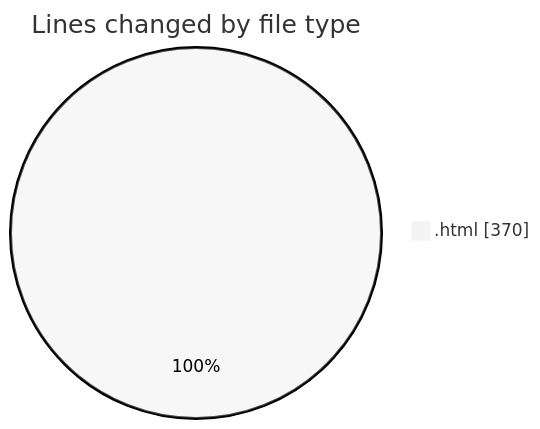
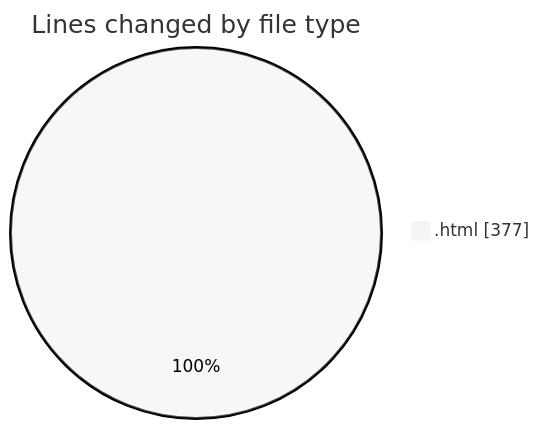
One commit to LanceThiago/code-tracking changed the first of 2 diagrams in 2025-01-10/nueva_carpeta/README.md. Above: the diagram before and after it, drawn with Mermaid (neutral theme). The commit also changed other lines of this file and 1 other file, not shown here.

````diff
--- a/2025-01-10/nueva_carpeta/README.md
+++ b/2025-01-10/nueva_carpeta/README.md
@@ -20,5 +20,5 @@
 ```mermaid
 pie showData
 title Lines changed by file type
-".html" : 370
+".html" : 377
 ```
````
